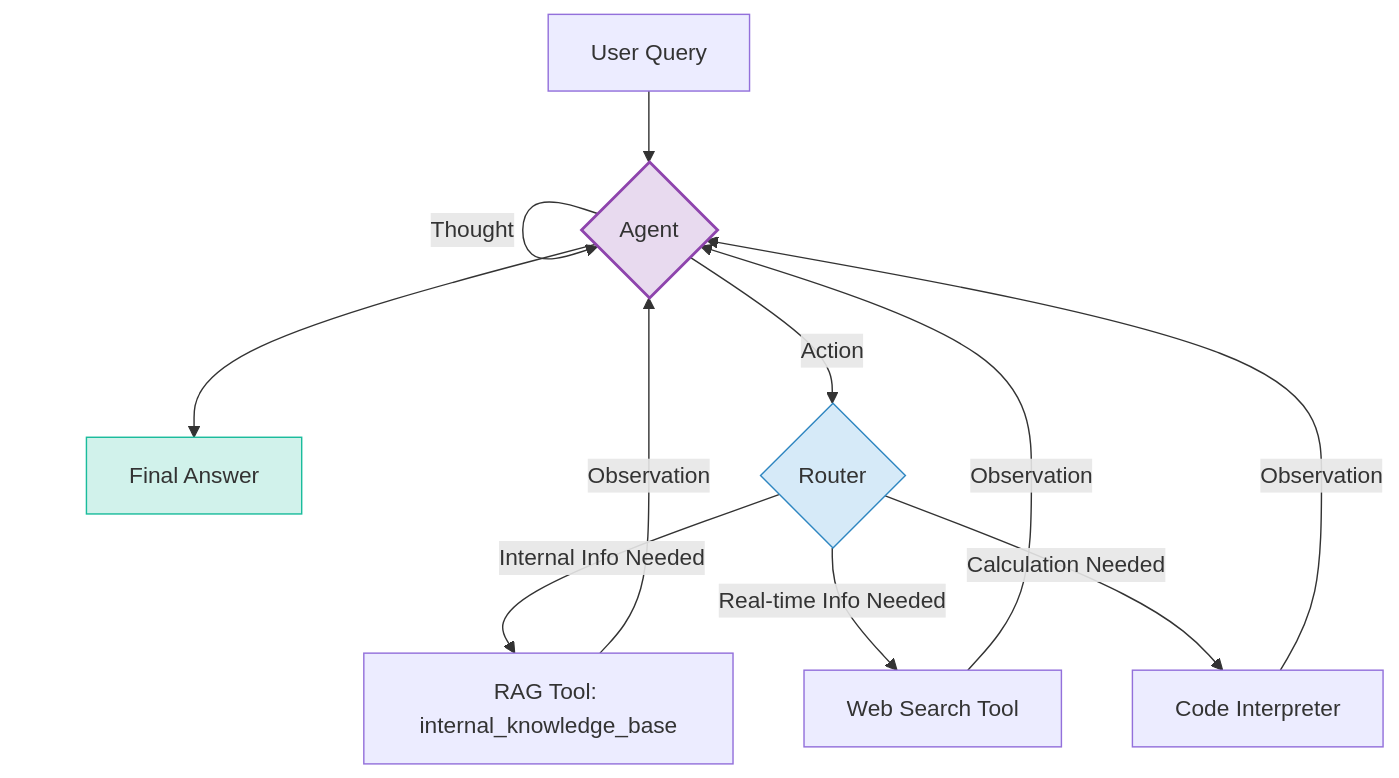
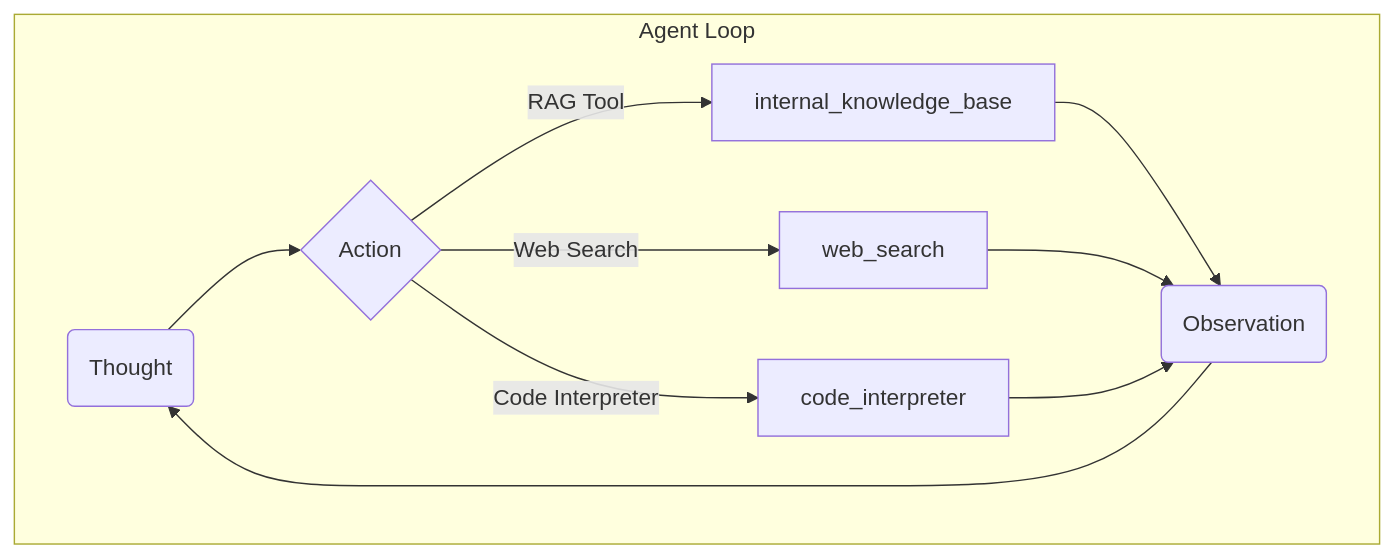
The fourth of 4 diagrams in lessons/10_RAG_Focus/article.md (shoaibkhanz/agentic-ai-engineering-course), drawn with Mermaid before and after one commit. The commit also changed other lines of this file and 4 other files, not shown here.

````diff
--- a/lessons/10_RAG_Focus/article.md
+++ b/lessons/10_RAG_Focus/article.md
@@ -157,17 +125,13 @@
 ```mermaid
 graph TD
-    A[User Query] --> B{Agent};
-    B -- Thought --> B;
-    B -- Action --> C{Router};
-    C -- "Internal Info Needed" --> D[RAG Tool: internal_knowledge_base];
-    C -- "Real-time Info Needed" --> E[Web Search Tool];
-    C -- "Calculation Needed" --> F[Code Interpreter];
-    D -- Observation --> B;
-    E -- Observation --> B;
-    F -- Observation --> B;
-    B --> G[Final Answer];
-
-    style B fill:#e8daef,stroke:#8e44ad,stroke-width:2px
-    style C fill:#d6eaf8,stroke:#2e86c1
-    style G fill:#d1f2eb,stroke:#1abc9c
+    subgraph Agent Loop
+        A(Thought) --> B{Action};
+        B -- RAG Tool --> C[internal_knowledge_base];
+        B -- Web Search --> D[web_search];
+        B -- Code Interpreter --> E[code_interpreter];
+        C --> F(Observation);
+        D --> F;
+        E --> F;
+        F --> A;
+    end
 ```
````
